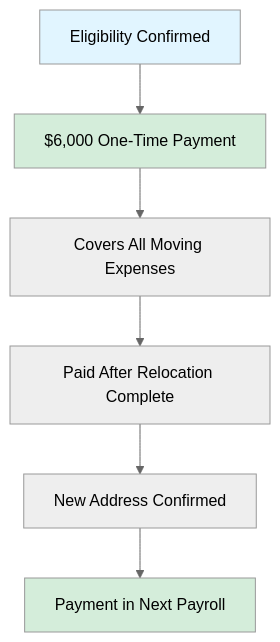
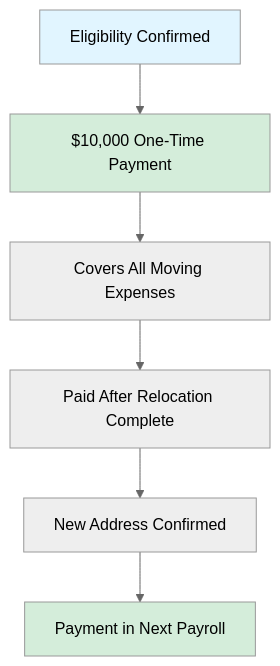
Before and after one commit to ultralytics/handbook: the diagram in docs/en/finance/relocation.md, drawn with Mermaid (neutral theme). The commit also changed other lines of this file, not shown here.

````diff
--- a/docs/en/finance/relocation.md
+++ b/docs/en/finance/relocation.md
@@ -61,12 +58,12 @@
 ```mermaid
 graph TD
-    A[Eligibility Confirmed] --> B[$6,000 One-Time Payment]
+    A[Eligibility Confirmed] --> B[$10,000 One-Time Payment]
     B --> C[Covers All Moving Expenses]
     C --> D[Paid After Relocation Complete]
     D --> E[New Address Confirmed]
     E --> F[Payment in Next Payroll]
 
     style A fill:#e1f5ff
     style B fill:#d4edda
     style F fill:#d4edda
 ```
````
